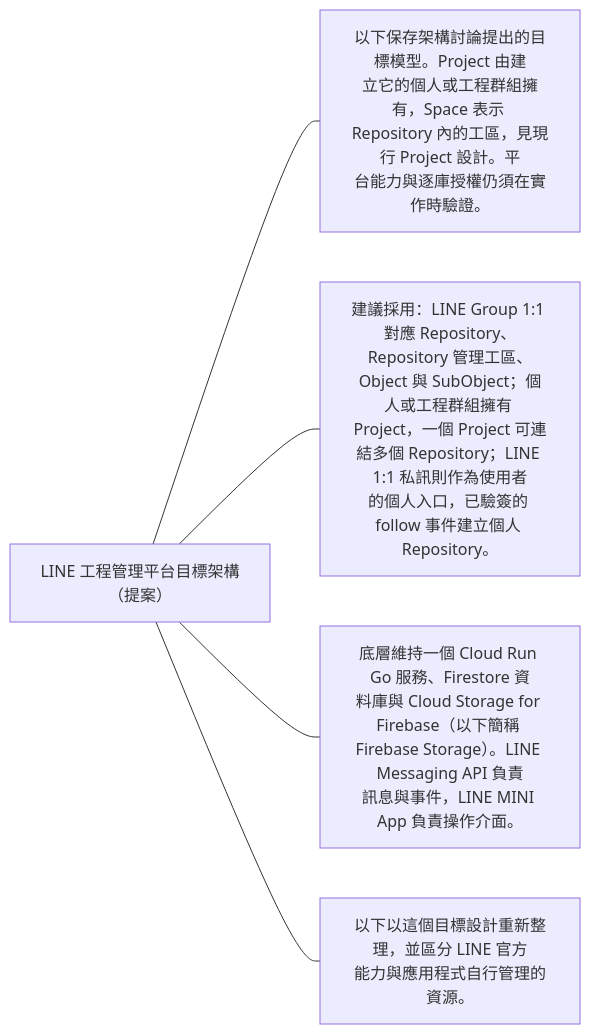
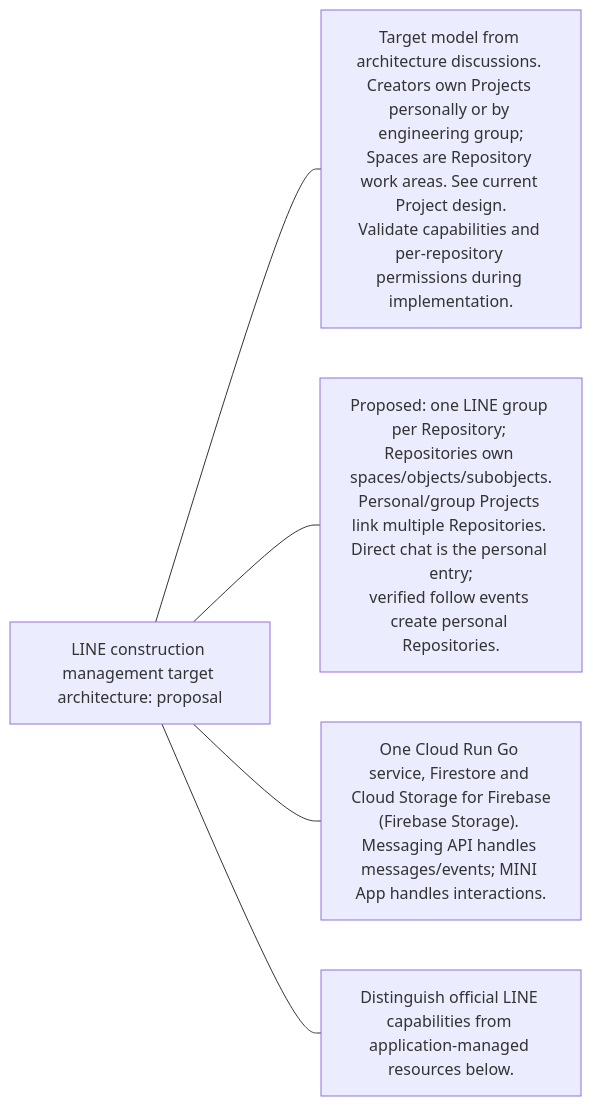
One commit to 963sup/line-mini-app-bot changed the first of 38 diagrams in docs/proposals/line-engineering/README.md. Above: the diagram before and after it, drawn with Mermaid. The commit also changed other lines of this file and 341 other files, not shown here.

First line of the commit message:
docs: standardize repository guidance and consolidate service references

````diff
--- a/docs/proposals/line-engineering/README.md
+++ b/docs/proposals/line-engineering/README.md
@@ -17,9 +21,9 @@
 ```mermaid
 flowchart LR
-  h["LINE 工程管理平台目標架構（提案）"]
-  h --- n0["以下保存架構討論提出的目標模型。Project 由建<br/>立它的個人或工程群組擁有，Space 表示 <br/>Repository 內的工區，見現行 Project 設計。平<br/>台能力與逐庫授權仍須在實作時驗證。"]
+  h["LINE construction management target architecture: proposal"]
+  h --- n0["Target model from architecture discussions. Creators own Projects personally or by engineering group;<br/>Spaces are Repository work areas. See current Project design.<br/>Validate capabilities and per-repository permissions during implementation."]
   click n0 "../../domains/project/project.md"
-  h --- n1["建議採用：LINE Group 1:1 對應 Repository、<br/>Repository 管理工區、Object 與 SubObject；個<br/>人或工程群組擁有 Project，一個 Project 可連<br/>結多個 Repository；LINE 1:1 私訊則作為使用者<br/>的個人入口，已驗簽的 follow 事件建立個人 <br/>Repository。"]
-  h --- n2["底層維持一個 Cloud Run Go 服務、Firestore 資<br/>料庫與 Cloud Storage for Firebase（以下簡稱 <br/>Firebase Storage）。LINE Messaging API 負責<br/>訊息與事件，LINE MINI App 負責操作介面。"]
-  h --- n3["以下以這個目標設計重新整理，並區分 LINE 官方<br/>能力與應用程式自行管理的資源。"]
+  h --- n1["Proposed: one LINE group per Repository; Repositories own spaces/objects/subobjects.<br/>Personal/group Projects link multiple Repositories. Direct chat is the personal entry;<br/>verified follow events create personal Repositories."]
+  h --- n2["One Cloud Run Go service, Firestore and Cloud Storage for Firebase<br/>(Firebase Storage). Messaging API handles messages/events; MINI App handles interactions."]
+  h --- n3["Distinguish official LINE capabilities from application-managed resources below."]
 ```
````
